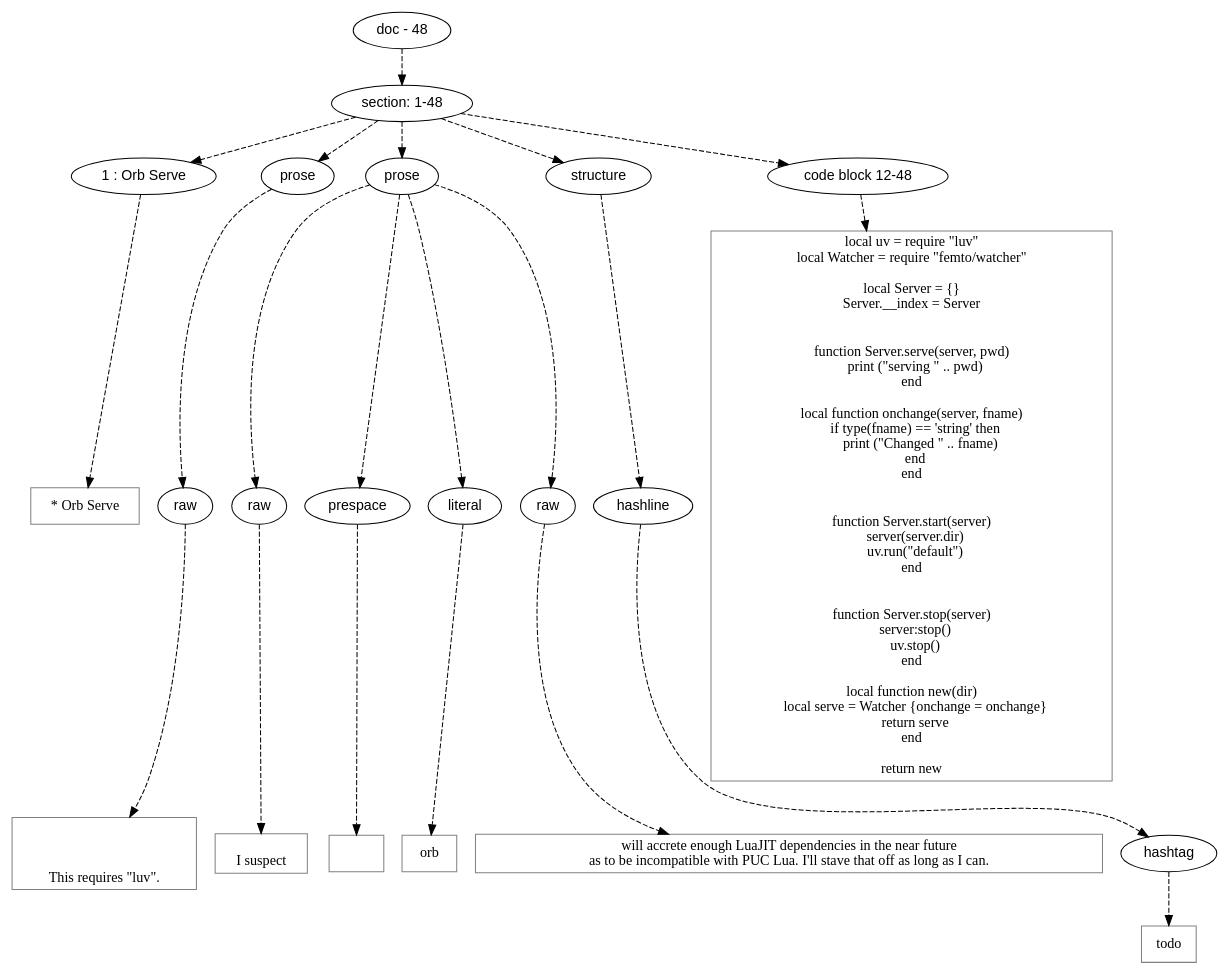
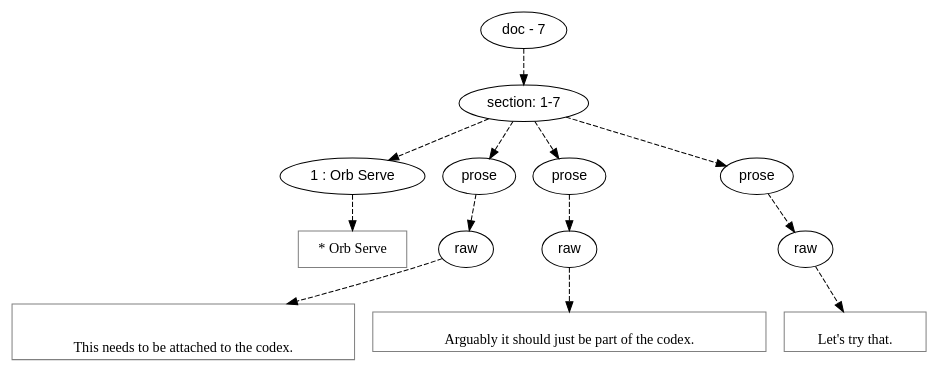
One commit to mnemnion/orb changed the diagram in doc/dot/serve/serve.dot. Above: the diagram before and after it, drawn with Graphviz. The commit also changed 20 other files, not shown here.

First line of the commit message:
Move `orb serve` into codex

```diff
--- a/doc/dot/serve/serve.dot
+++ b/doc/dot/serve/serve.dot
@@ -1,145 +1,78 @@
 digraph lpegNode {
 
 node [fontname=Helvetica]
 edge [style=dashed]
 
-doc_0 [label="doc - 48"]
+doc_0 [label="doc - 7"]
 
 
 doc_0 -> { section_1}
 {rank=same; section_1}
 
-section_1 [label="section: 1-48"]
+section_1 [label="section: 1-7"]
 
 
 // END RANK doc_0
 
-section_1 -> { header_2 prose_3 prose_4 structure_5 codeblock_6}
-{rank=same; header_2 prose_3 prose_4 structure_5 codeblock_6}
+section_1 -> { header_2 prose_3 prose_4 prose_5}
+{rank=same; header_2 prose_3 prose_4 prose_5}
 
 header_2 [label="1 : Orb Serve"]
 
 prose_3 [label="prose"]
 
 prose_4 [label="prose"]
 
-structure_5 [label="structure"]
-
-codeblock_6 [label="code block 12-48"]
+prose_5 [label="prose"]
 
 
 // END RANK section_1
 
-header_2 -> leaf_7
-leaf_7  [color=Gray,shape=rectangle,fontname=Inconsolata,label="* Orb Serve"]
+header_2 -> leaf_6
+leaf_6  [color=Gray,shape=rectangle,fontname=Inconsolata,label="* Orb Serve"]
 // END RANK header_2
 
-prose_3 -> { raw_8}
-{rank=same; raw_8}
+prose_3 -> { raw_7}
+{rank=same; raw_7}
 
-raw_8 [label="raw"]
+raw_7 [label="raw"]
 
 
 // END RANK prose_3
 
-raw_8 -> leaf_9
-leaf_9  [color=Gray,shape=rectangle,fontname=Inconsolata,label="
+raw_7 -> leaf_8
+leaf_8  [color=Gray,shape=rectangle,fontname=Inconsolata,label="
 
+This needs to be attached to the codex.
+"]
+// END RANK raw_7
 
-This requires \"luv\".
-"]
-// END RANK raw_8
+prose_4 -> { raw_9}
+{rank=same; raw_9}
 
-prose_4 -> { raw_10 prespace_11 literal_12 raw_13}
-{rank=same; raw_10 prespace_11 literal_12 raw_13}
-
-raw_10 [label="raw"]
-
-prespace_11 [label="prespace"]
-
-literal_12 [label="literal"]
-
-raw_13 [label="raw"]
+raw_9 [label="raw"]
 
 
 // END RANK prose_4
 
-raw_10 -> leaf_14
-leaf_14  [color=Gray,shape=rectangle,fontname=Inconsolata,label="
-I suspect"]
-// END RANK raw_10
+raw_9 -> leaf_10
+leaf_10  [color=Gray,shape=rectangle,fontname=Inconsolata,label="
+Arguably it should just be part of the codex.
+"]
+// END RANK raw_9
 
-prespace_11 -> leaf_15
-leaf_15  [color=Gray,shape=rectangle,fontname=Inconsolata,label=" "]
-// END RANK prespace_11
+prose_5 -> { raw_11}
+{rank=same; raw_11}
 
-literal_12 -> leaf_16
-leaf_16  [color=Gray,shape=rectangle,fontname=Inconsolata,label="orb"]
-// END RANK literal_12
-
-raw_13 -> leaf_17
-leaf_17  [color=Gray,shape=rectangle,fontname=Inconsolata,label=" will accrete enough LuaJIT dependencies in the near future
-as to be incompatible with PUC Lua. I'll stave that off as long as I can.
-"]
-// END RANK raw_13
-
-structure_5 -> { hashline_18}
-{rank=same; hashline_18}
-
-hashline_18 [label="hashline"]
+raw_11 [label="raw"]
 
 
-// END RANK structure_5
+// END RANK prose_5
 
-hashline_18 -> { hashtag_19}
-{rank=same; hashtag_19}
-
-hashtag_19 [label="hashtag"]
-
-
-// END RANK hashline_18
-
-hashtag_19 -> leaf_20
-leaf_20  [color=Gray,shape=rectangle,fontname=Inconsolata,label="todo"]
-// END RANK hashtag_19
-
-codeblock_6 -> leaf_21
-leaf_21  [color=Gray,shape=rectangle,fontname=Inconsolata,label="local uv = require \"luv\"
-local Watcher = require \"femto/watcher\"
-
-local Server = {}
-Server.__index = Server
-
-
-function Server.serve(server, pwd)
-   print (\"serving \" .. pwd)
-end
-
-local function onchange(server, fname)
-   if type(fname) == 'string' then
-      print (\"Changed \" .. fname)
-   end
-end
-
-
-function Server.start(server)
-   server(server.dir)
-   uv.run(\"default\")
-end
-
-
-function Server.stop(server)
-   server:stop()
-   uv.stop()
-end
-
-local function new(dir)
-   local serve = Watcher {onchange = onchange}
-   return serve
-end
-
-return new"]
-// END RANK codeblock_6
+raw_11 -> leaf_12
+leaf_12  [color=Gray,shape=rectangle,fontname=Inconsolata,label="
+Let's try that."]
+// END RANK raw_11
 
 
 }
```
